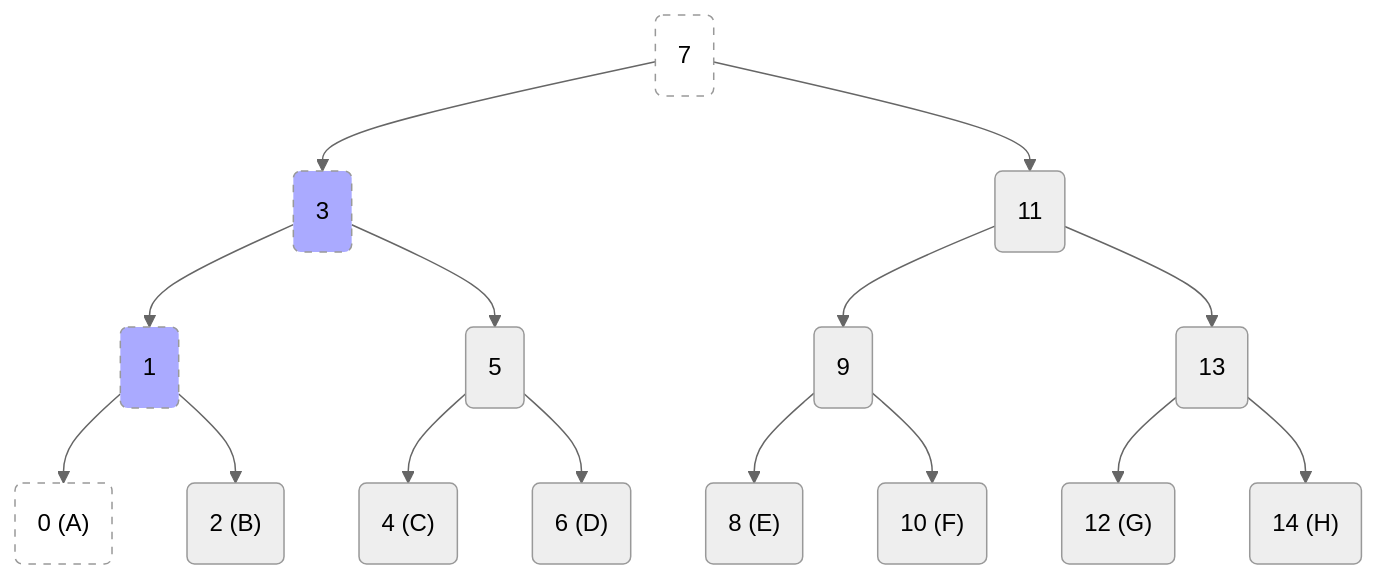
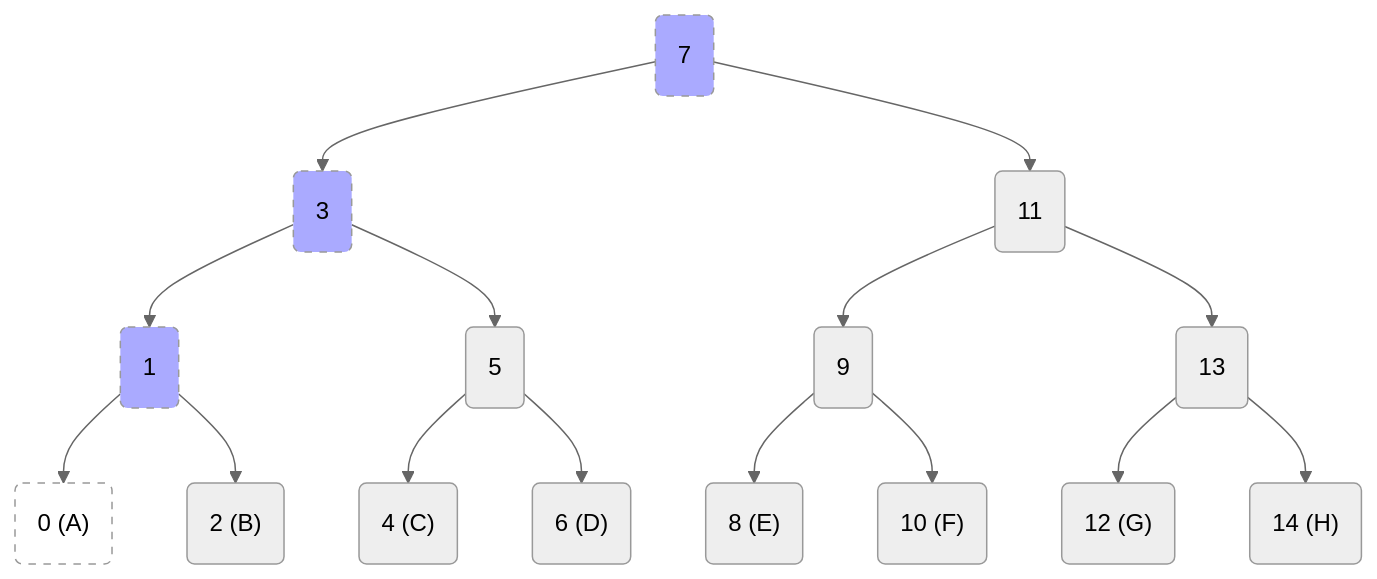
One commit to duesee/mls-dictionary changed the second of 5 diagrams in README.md. Above: the diagram before and after it, drawn with Mermaid. The commit also changed other lines of this file, not shown here.

````diff
--- a/README.md
+++ b/README.md
@@ -102,42 +102,42 @@
 ```mermaid
 %%{ init: { "theme": "neutral" } }%%
 
 graph TD;
     N0("0 (A)")
     N1("1")
     N2("2 (B)")
     N3("3")
     N4("4 (C)")
     N5("5")
     N6("6 (D)")
     N7("7")
     N8("8 (E)")
     N9("9")
     N10("10 (F)")
     N11("11")
     N12("12 (G)")
     N13("13")
     N14("14 (H)")
     
     N7 --> N3
     N7 --> N11
     
     N3 --> N1
     N3 --> N5
     N11 --> N9
     N11 --> N13
 
     N1 --> N0
     N1 --> N2
     N5 --> N4
     N5 --> N6
     N9 --> N8
     N9 --> N10
     N13 --> N12
     N13 --> N14
 
     style N0 fill:#ffffff,stroke-dasharray: 5 5
     style N1 fill:#aaaaff,stroke-dasharray: 5 5
     style N3 fill:#aaaaff,stroke-dasharray: 5 5
-    style N7 fill:#ffffff,stroke-dasharray: 5 5
+    style N7 fill:#aaaaff,stroke-dasharray: 5 5
 ```
````
